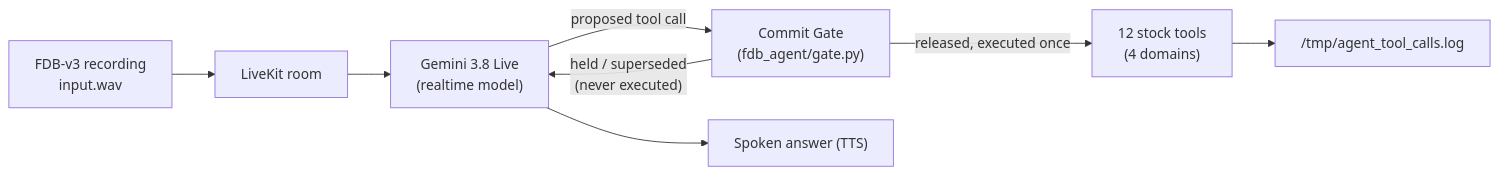
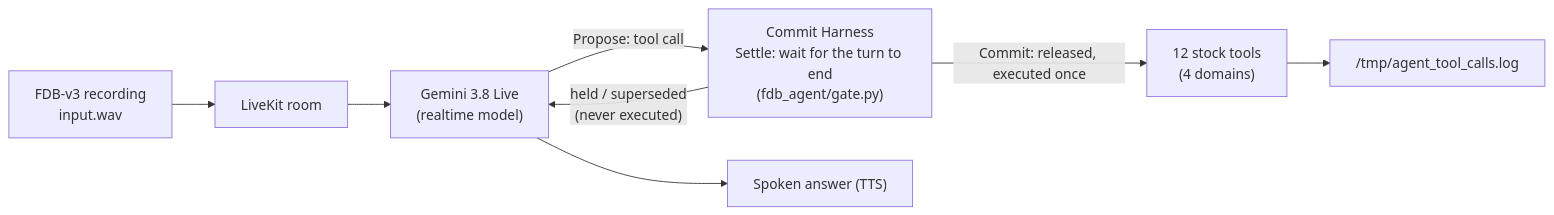
Before and after one commit to Nithyon/Theme5-Interruptible-Agents: the diagram in README.md, drawn with Mermaid. The commit also changed other lines of this file and 3 other files, not shown here.

Commit message:
Docs: rename to Commit Harness / Reflex / Reasoner / Listener (docs only)

````diff
--- a/README.md
+++ b/README.md
@@ -9,10 +11,10 @@
 ```mermaid
 flowchart LR
     A["FDB-v3 recording<br/>input.wav"] --> B["LiveKit room"]
     B --> C["Gemini 3.8 Live<br/>(realtime model)"]
-    C -- "proposed tool call" --> D["Commit Gate<br/>(fdb_agent/gate.py)"]
+    C -- "Propose: tool call" --> D["Commit Harness<br/>Settle: wait for the turn to end<br/>(fdb_agent/gate.py)"]
     D -- "held / superseded<br/>(never executed)" --> C
-    D -- "released, executed once" --> E["12 stock tools<br/>(4 domains)"]
+    D -- "Commit: released, executed once" --> E["12 stock tools<br/>(4 domains)"]
     E --> F["/tmp/agent_tool_calls.log"]
     C --> G["Spoken answer (TTS)"]
 ```
````
